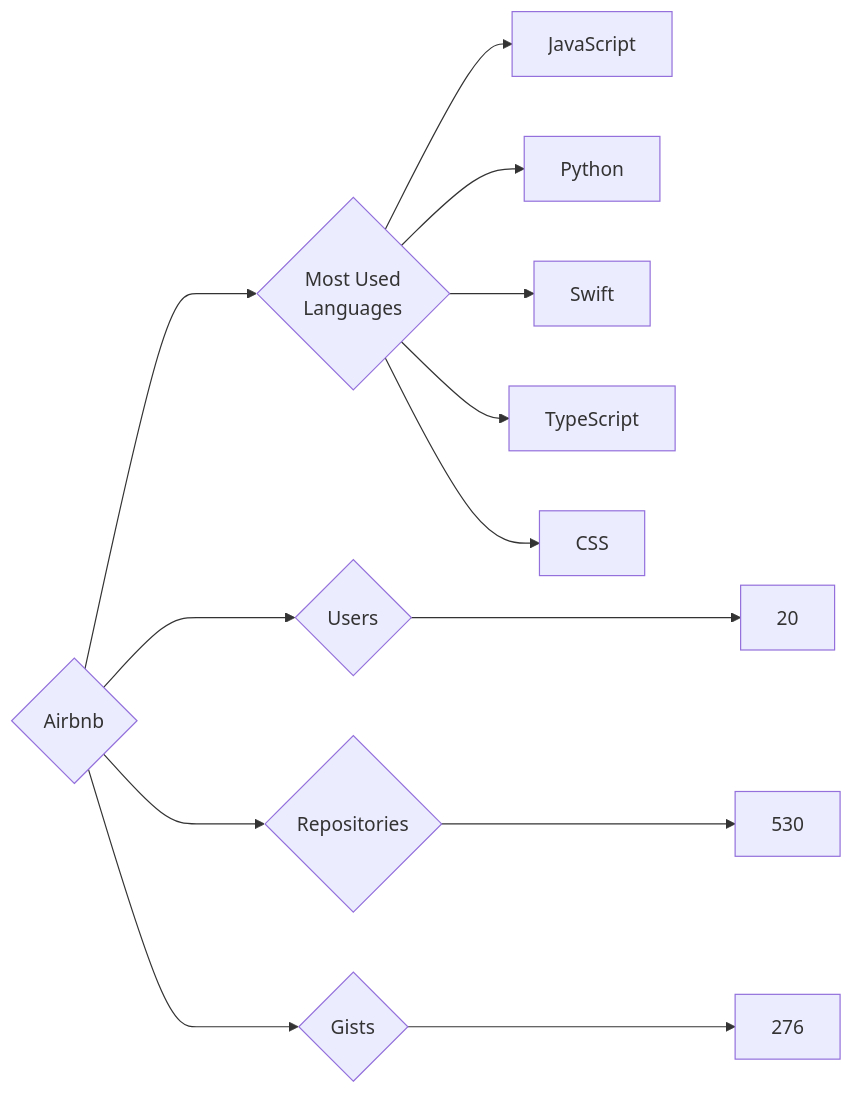
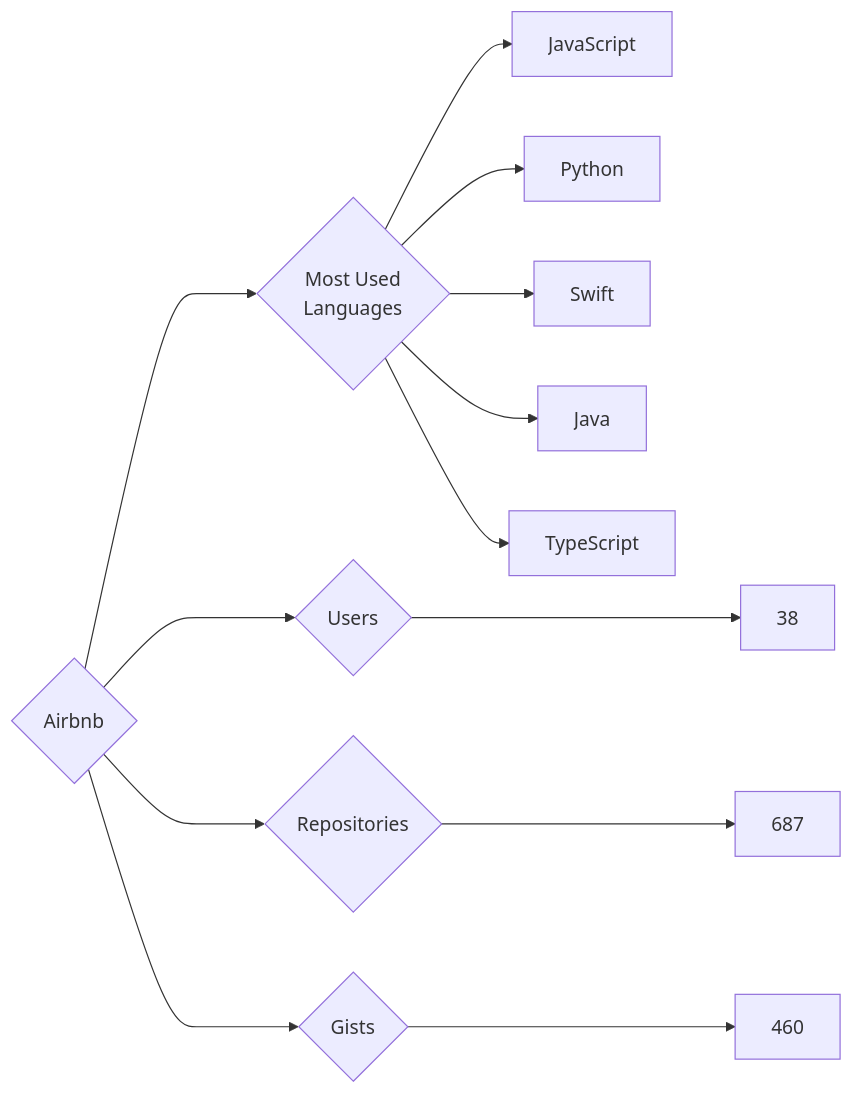
The diagram in targets/Airbnb/README.md (trickest/insiders), drawn with Mermaid before and after one commit. The commit also changed 916 other files, not shown here.

````diff
--- a/targets/Airbnb/README.md
+++ b/targets/Airbnb/README.md
@@ -3,13 +3,13 @@
 ```mermaid
 graph LR
 COMPANY_NAME{Airbnb}
-COMPANY_NAME ---> U{Users} ---> UN[20]
-COMPANY_NAME ---> R{Repositories} ---> RN[530]
-COMPANY_NAME ---> G{Gists} ---> GN[276]
+COMPANY_NAME ---> U{Users} ---> UN[38]
+COMPANY_NAME ---> R{Repositories} ---> RN[687]
+COMPANY_NAME ---> G{Gists} ---> GN[460]
 COMPANY_NAME ---> ML{Most Used<br>Languages}
 ML --> JavaScript[JavaScript]
 ML --> Python[Python]
 ML --> Swift[Swift]
+ML --> Java[Java]
 ML --> TypeScript[TypeScript]
-ML --> CSS[CSS]
 ```
````
